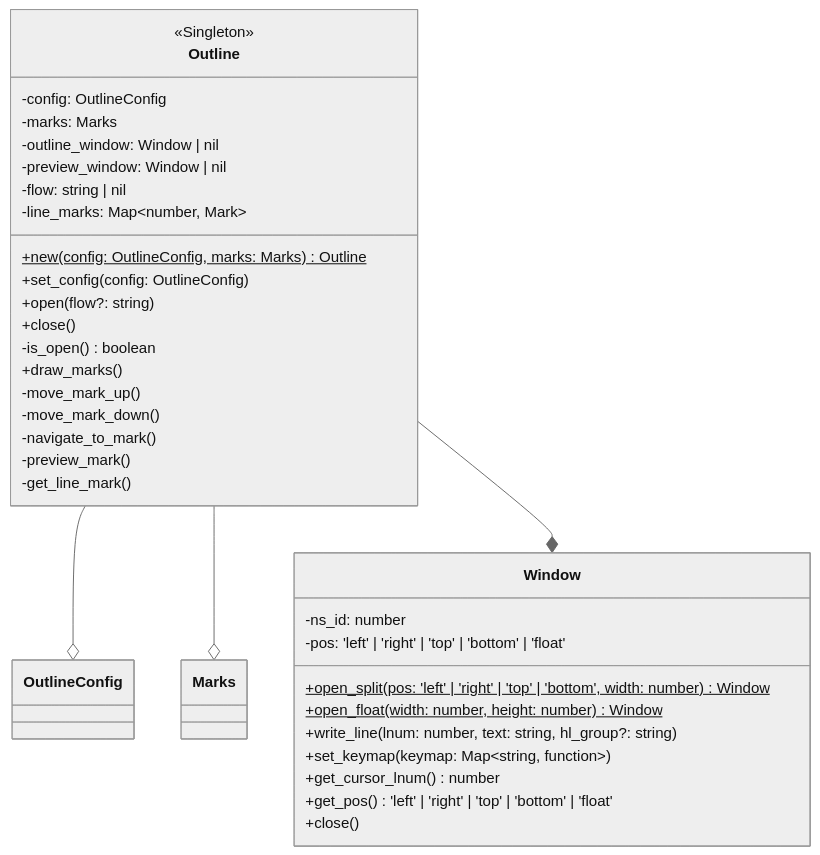
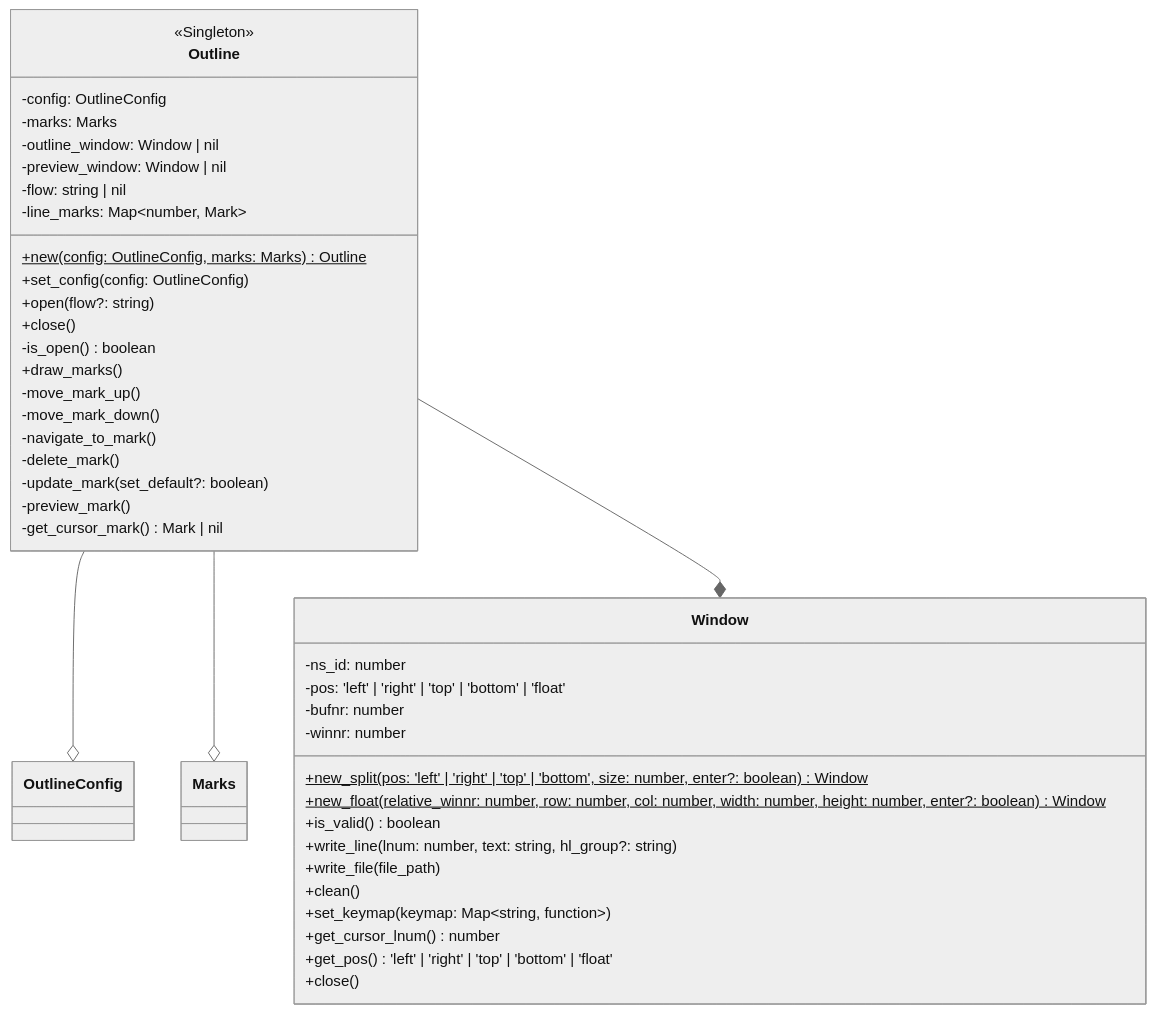
One commit to niuiic/track.nvim changed diagram 11 of 17 in DESIGN.md. Above: the diagram before and after it, drawn with Mermaid (neutral theme). The commit also changed other lines of this file and 7 other files, not shown here.

````diff
--- a/DESIGN.md
+++ b/DESIGN.md
@@ -290,45 +291,52 @@
 ```mermaid
 classDiagram
     Outline --o OutlineConfig
     Outline --o Marks
     Outline --* Window
     class Outline {
         <<Singleton>>
 
         -config: OutlineConfig
         -marks: Marks
         -outline_window: Window | nil
         -preview_window: Window | nil
         -flow: string | nil
         -line_marks: Map~number, Mark~
 
         %% new
         +new(config: OutlineConfig, marks: Marks)$ Outline
         %% config
         +set_config(config: OutlineConfig)
         %% outline
         +open(flow?: string)
         +close()
         -is_open() boolean
         %% mark
         +draw_marks()
         -move_mark_up()
         -move_mark_down()
         -navigate_to_mark()
+        -delete_mark()
+        -update_mark(set_default?: boolean)
         -preview_mark()
-        -get_line_mark()
+        -get_cursor_mark() Mark | nil
     }
 
     class Window {
         -ns_id: number
         -pos: 'left' | 'right' | 'top' | 'bottom' | 'float'
+        -bufnr: number
+        -winnr: number
 
-        +open_split(pos: 'left' | 'right' | 'top' | 'bottom', width: number)$ Window
-        +open_float(width: number, height: number)$ Window
+        +new_split(pos: 'left' | 'right' | 'top' | 'bottom', size: number, enter?: boolean)$ Window
+        +new_float(relative_winnr: number, row: number, col: number, width: number, height: number, enter?: boolean)$ Window
+        +is_valid() boolean
         +write_line(lnum: number, text: string, hl_group?: string)
+        +write_file(file_path)
+        +clean()
         +set_keymap(keymap: Map~string, function~)
         +get_cursor_lnum() number
         +get_pos() 'left' | 'right' | 'top' | 'bottom' | 'float'
         +close()
     }
 ```
````
